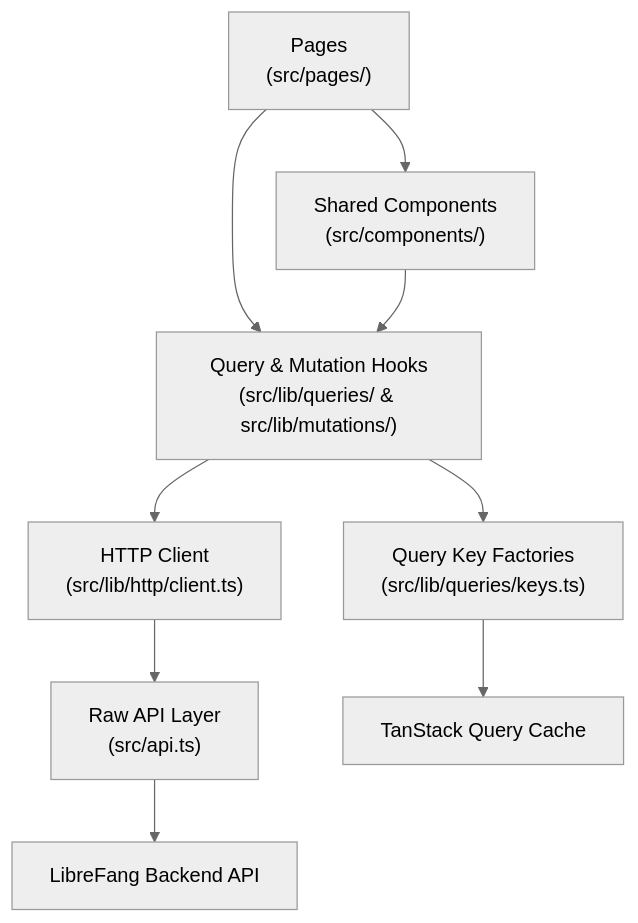
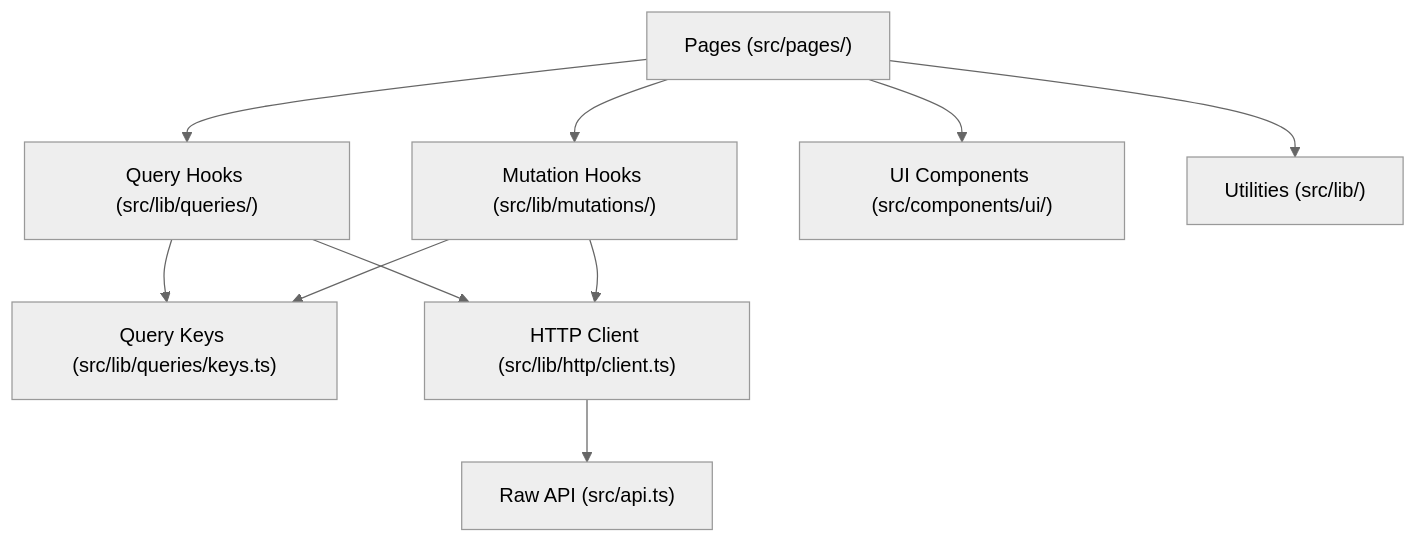
The diagram in other-librefang-api-dashboard.md (leszek3737/librefang-WIki), drawn with Mermaid (neutral theme) before and after one commit. The commit also changed other lines of this file and 99 other files, not shown here.

````diff
--- a/other-librefang-api-dashboard.md
+++ b/other-librefang-api-dashboard.md
@@ -13,11 +15,21 @@
 ```mermaid
 graph TD
-    Pages["Pages<br/>(src/pages/)"] --> Hooks["Query & Mutation Hooks<br/>(src/lib/queries/ & src/lib/mutations/)"]
-    Hooks --> HTTP["HTTP Client<br/>(src/lib/http/client.ts)"]
-    HTTP --> API["Raw API Layer<br/>(src/api.ts)"]
-    API --> Backend["LibreFang Backend API"]
-    Hooks --> Keys["Query Key Factories<br/>(src/lib/queries/keys.ts)"]
-    Keys --> Cache["TanStack Query Cache"]
-    Pages --> Components["Shared Components<br/>(src/components/)"]
-    Components --> Hooks
+    Pages["Pages (src/pages/)"]
+    Queries["Query Hooks (src/lib/queries/)"]
+    Mutations["Mutation Hooks (src/lib/mutations/)"]
+    Keys["Query Keys (src/lib/queries/keys.ts)"]
+    Client["HTTP Client (src/lib/http/client.ts)"]
+    ApiRaw["Raw API (src/api.ts)"]
+    UI["UI Components (src/components/ui/)"]
+    Lib["Utilities (src/lib/)"]
+
+    Pages --> Queries
+    Pages --> Mutations
+    Pages --> UI
+    Queries --> Keys
+    Queries --> Client
+    Mutations --> Keys
+    Mutations --> Client
+    Client --> ApiRaw
+    Pages --> Lib
 ```
````
